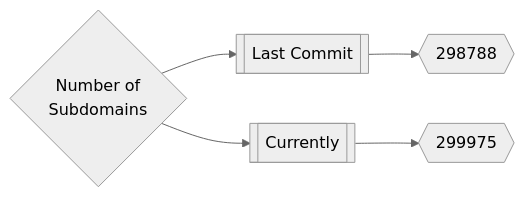
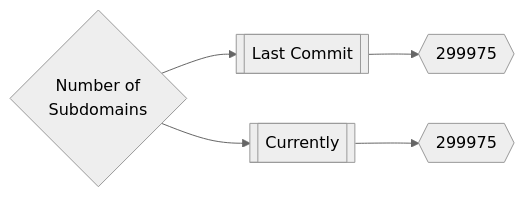
The first of 3 diagrams in README.md (trickest/inventory), drawn with Mermaid (neutral theme) before and after one commit. The commit also changed 19 other files, not shown here.

````diff
--- a/README.md
+++ b/README.md
@@ -165,5 +165,5 @@
 ```mermaid
 graph LR
-title{Number of<br>Subdomains} --> subdomainsDate1[[Last Commit]] --> subdomainsNum1{{298788}}
+title{Number of<br>Subdomains} --> subdomainsDate1[[Last Commit]] --> subdomainsNum1{{299975}}
 title --> subdomainsDate2[[Currently]] --> subdomainsNum2{{299975}}
 ```
````
